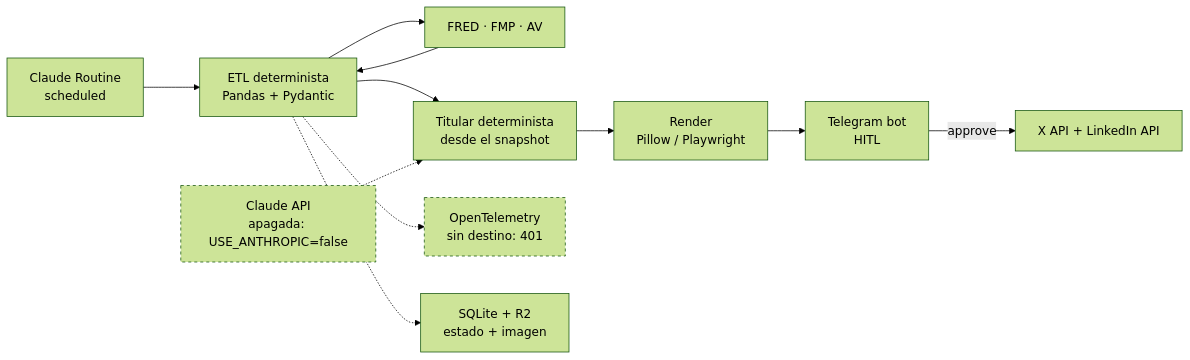
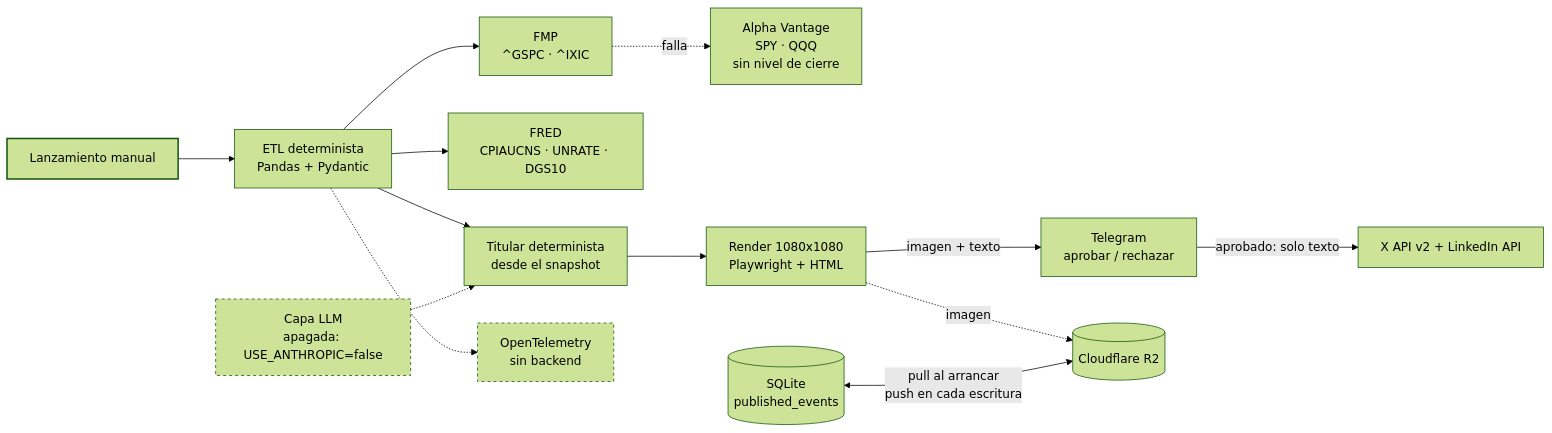
The diagram in README.md (SimonChiabo/MacroPipeline), drawn with Mermaid (forest theme) before and after one commit. The commit also changed other lines of this file and 2 other files, not shown here.

````diff
--- a/README.md
+++ b/README.md
@@ -53,14 +56,17 @@
 ```mermaid
 flowchart LR
-    R[Claude Routine<br/>scheduled] --> ETL
-    ETL[ETL determinista<br/>Pandas + Pydantic] --> APIs[FRED · FMP · AV]
-    APIs --> ETL
+    Manual[Lanzamiento manual]:::hoy --> ETL
+    ETL[ETL determinista<br/>Pandas + Pydantic] --> FMP[FMP<br/>^GSPC · ^IXIC]
+    FMP -.->|falla| AV[Alpha Vantage<br/>SPY · QQQ<br/>sin nivel de cierre]
+    ETL --> FRED[FRED<br/>CPIAUCNS · UNRATE · DGS10]
     ETL --> Titular[Titular determinista<br/>desde el snapshot]
-    LLM[Claude API<br/>apagada: USE_ANTHROPIC=false]:::off -.-> Titular
-    Titular --> Render[Render<br/>Pillow / Playwright]
-    Render --> HITL[Telegram bot<br/>HITL]
-    HITL -->|approve| Pub[X API + LinkedIn API]
-    ETL -.-> Obs[OpenTelemetry<br/>sin destino: 401]:::off
-    ETL -.-> Store[SQLite + R2<br/>estado + imagen]
+    LLM[Capa LLM<br/>apagada: USE_ANTHROPIC=false]:::off -.-> Titular
+    Titular --> Render[Render 1080x1080<br/>Playwright + HTML]
+    Render -->|imagen + texto| HITL[Telegram<br/>aprobar / rechazar]
+    HITL -->|aprobado: solo texto| Pub[X API v2 + LinkedIn API]
+    Render -.->|imagen| R2[(Cloudflare R2)]
+    Estado[(SQLite<br/>published_events)] <-->|pull al arrancar<br/>push en cada escritura| R2
+    ETL -.-> Obs[OpenTelemetry<br/>sin backend]:::off
     classDef off stroke-dasharray: 4 4
+    classDef hoy stroke-width:2px
 ```
````
